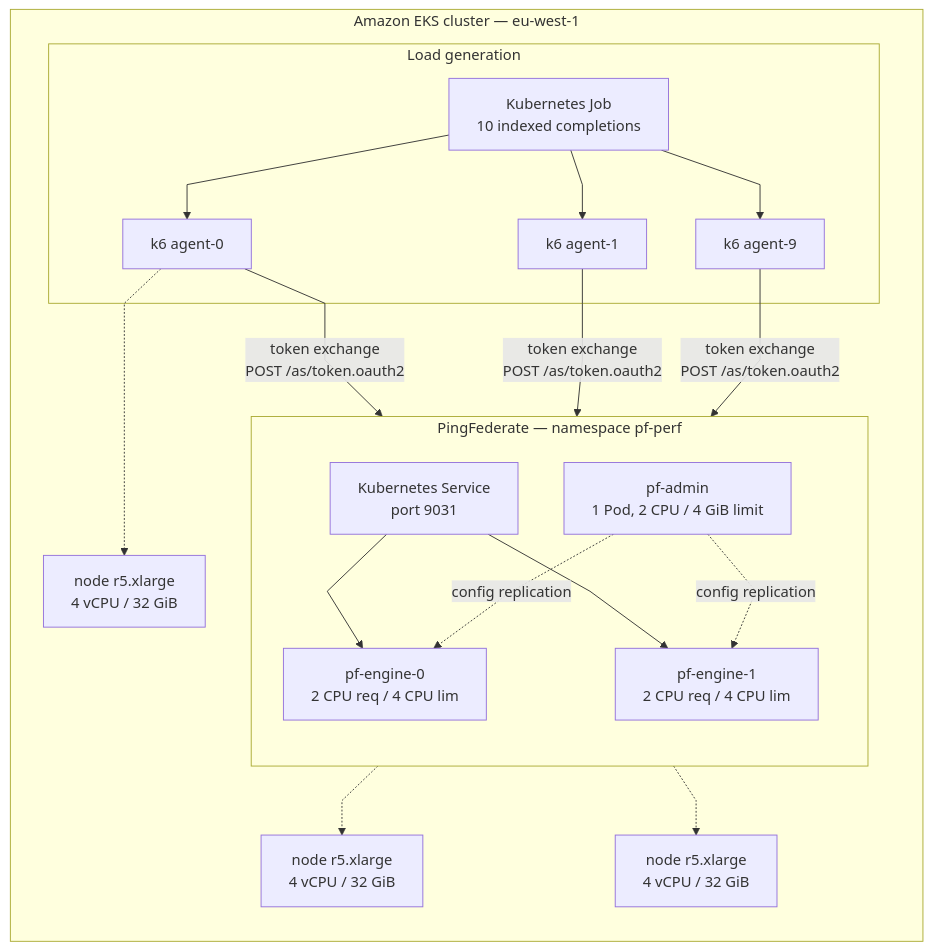
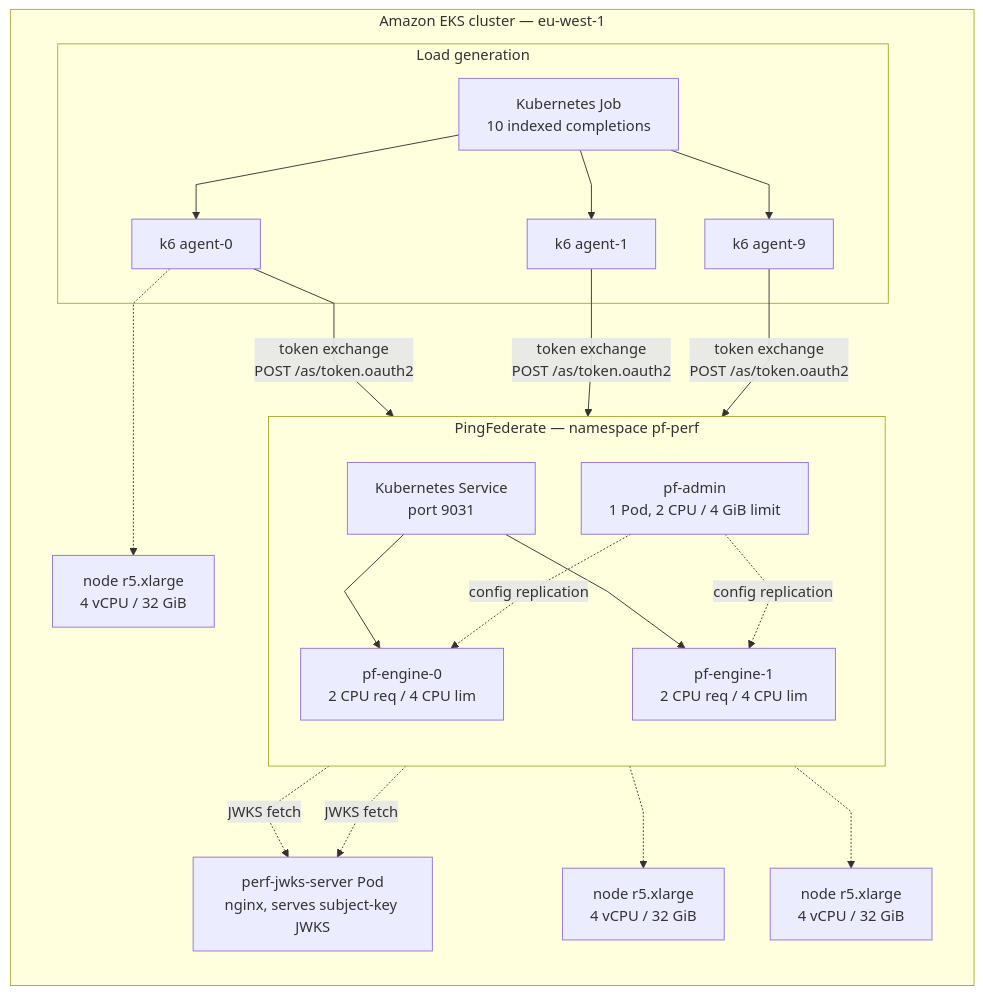
The diagram in _posts/2026-09-17-pingfederate-token-exchange-performance-test.md (carbonefederico/blog-content), drawn with Mermaid before and after one commit. The commit also changed other lines of this file and 1 other file, not shown here.

````diff
--- a/_posts/2026-09-17-pingfederate-token-exchange-performance-test.md
+++ b/_posts/2026-09-17-pingfederate-token-exchange-performance-test.md
@@ -32,35 +32,38 @@
 ```mermaid
 %%{init: {'flowchart': {'curve': 'linear'}}}%%
 flowchart TB
     subgraph CL["Amazon EKS cluster — eu-west-1"]
         direction TB
 
         subgraph LB["Load generation"]
             K1["k6 agent-0"]
             K2["k6 agent-1"]
             K9["k6 agent-9"]
             JB["Kubernetes Job<br/>10 indexed completions"]
         end
 
         subgraph PF["PingFederate — namespace pf-perf"]
             direction TB
             ADM["pf-admin<br/>1 Pod, 2 CPU / 4 GiB limit"]
             ENG1["pf-engine-0<br/>2 CPU req / 4 CPU lim"]
             ENG2["pf-engine-1<br/>2 CPU req / 4 CPU lim"]
             SVC["Kubernetes Service<br/>port 9031"]
         end
 
+        JWKS["perf-jwks-server Pod<br/>nginx, serves subject-key JWKS"]
         N1["node r5.xlarge<br/>4 vCPU / 32 GiB"]
         N2["node r5.xlarge<br/>4 vCPU / 32 GiB"]
         N3["node r5.xlarge<br/>4 vCPU / 32 GiB"]
     end
 
     JB --> K1 & K2 & K9
     K1 & K2 & K9 -->|"token exchange<br/>POST /as/token.oauth2"| SVC
     SVC --> ENG1 & ENG2
+    ENG1 -.->|"JWKS fetch"| JWKS
+    ENG2 -.->|"JWKS fetch"| JWKS
     ADM -.->|"config replication"| ENG1
     ADM -.->|"config replication"| ENG2
     ENG1 -.-> N1
     ENG2 -.-> N2
     K1 -.-> N3
 ```
````
